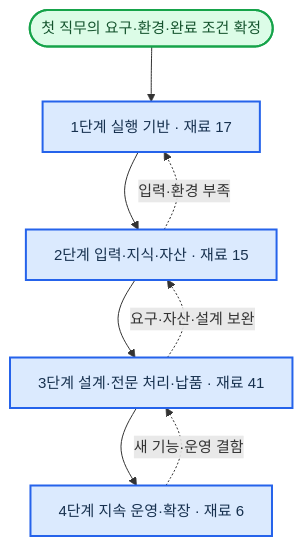
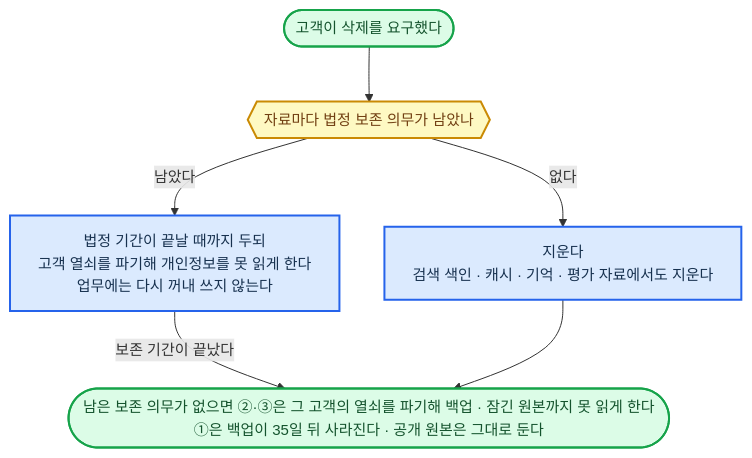
The first of 26 diagrams in 전문가 에이전트 정의 2.md (harisbaguette/expert), drawn with Mermaid before and after one commit. The commit also changed other lines of this file and 2 other files, not shown here.

````diff
--- a/전문가 에이전트 정의 2.md
+++ b/전문가 에이전트 정의 2.md
@@ -414,19 +62,12 @@
 ```mermaid
 %%{init: {"flowchart": {"wrappingWidth": 640, "curve": "basis", "nodeSpacing": 45, "rankSpacing": 55, "padding": 14, "useMaxWidth": true}, "themeVariables": {"fontSize": "15px"}} }%%
 flowchart TB
-    S(["첫 직무의 요구·환경·완료 조건 확정"]):::good
-    A1["1단계 실행 기반 · 재료 17"]:::main
-    A2["2단계 입력·지식·자산 · 재료 15"]:::main
-    A3["3단계 설계·전문 처리·납품 · 재료 41"]:::main
-    A4["4단계 지속 운영·확장 · 재료 6"]:::main
-    S --> A1 --> A2 --> A3 --> A4
-    A2 -. "입력·환경 부족" .-> A1
-    A3 -. "요구·자산·설계 보완" .-> A2
-    A4 -. "새 기능·운영 결함" .-> A3
     classDef main fill:#dbeafe,stroke:#2563eb,stroke-width:2px,color:#17314f
-    classDef stop fill:#fee2e2,stroke:#dc2626,stroke-width:2px,color:#7f1d1d
-    classDef back fill:#ffedd5,stroke:#ea580c,stroke-width:2px,color:#7c2d12
-    classDef store fill:#e5e7eb,stroke:#6b7280,stroke-width:2px,color:#1f2937
     classDef good fill:#dcfce7,stroke:#16a34a,stroke-width:2px,color:#14532d
     classDef note fill:#fef9c3,stroke:#ca8a04,stroke-width:2px,color:#713f12
+    Q(["고객이 삭제를 요구했다"]):::good --> L{{"자료마다 법정 보존 의무가 남았나"}}:::note
+    L -- "없다" --> D["지운다<br/>검색 색인 · 캐시 · 기억 · 평가 자료에서도 지운다"]:::main
+    L -- "남았다" --> P["법정 기간이 끝날 때까지 두되<br/>고객 열쇠를 파기해 개인정보를 못 읽게 한다<br/>업무에는 다시 꺼내 쓰지 않는다"]:::main
+    P -- "보존 기간이 끝났다" --> K
+    D --> K(["남은 보존 의무가 없으면 ②·③은 그 고객의 열쇠를 파기해 백업 · 잠긴 원본까지 못 읽게 한다<br/>①은 백업이 35일 뒤 사라진다 · 공개 원본은 그대로 둔다"]):::good
 ```
````
